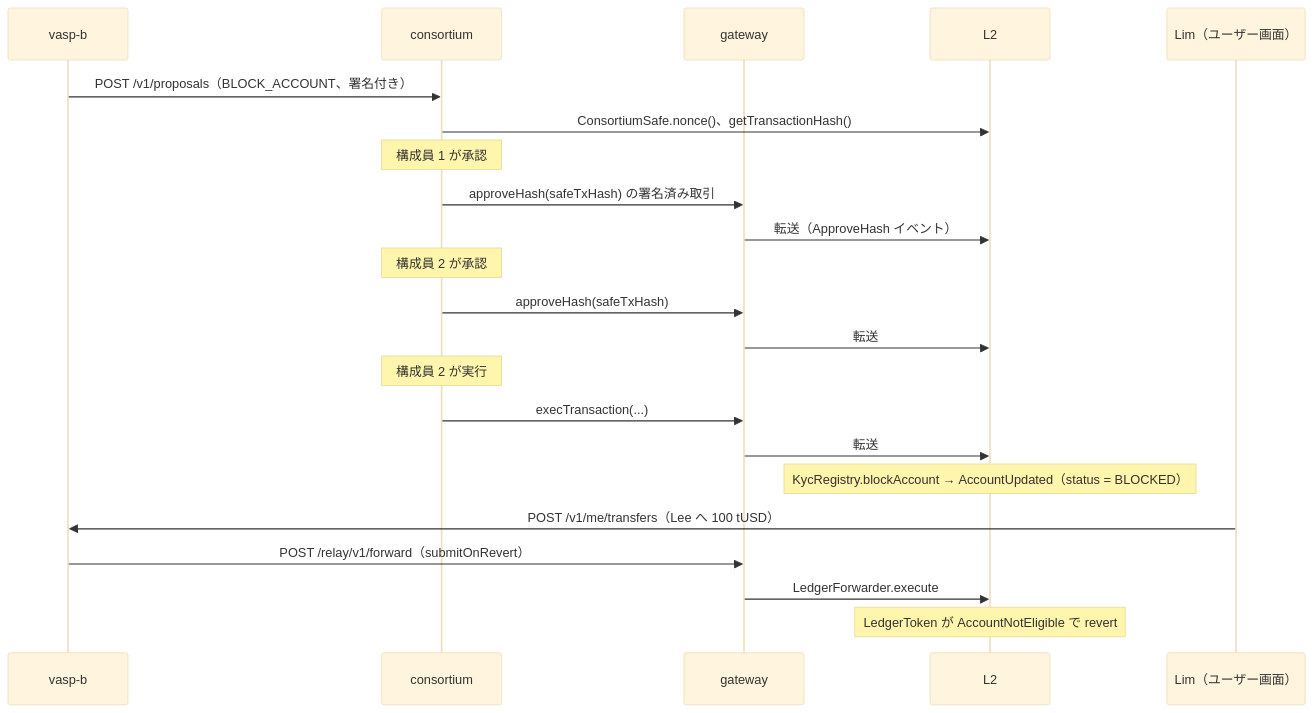
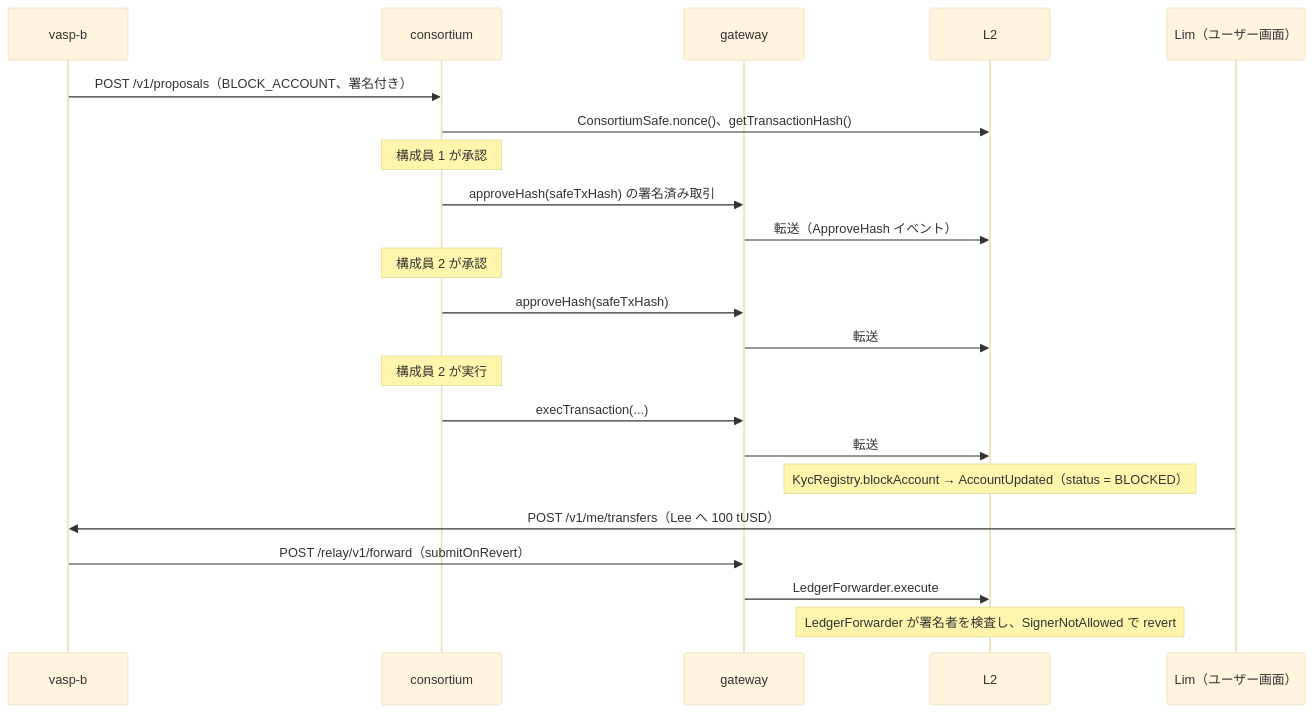
One commit to kuriyosh/ledger-a changed the fifth of 7 diagrams in docs/09-flows.md. Above: the diagram before and after it, drawn with Mermaid (base theme). The commit also changed other lines of this file and 13 other files, not shown here.

````diff
--- a/docs/09-flows.md
+++ b/docs/09-flows.md
@@ -222,25 +228,25 @@
 ```mermaid
 sequenceDiagram
   participant VB as vasp-b
   participant CS as consortium
   participant GW as gateway
   participant L2 as L2
   participant UB as Lim（ユーザー画面）
 
   VB->>CS: POST /v1/proposals（BLOCK_ACCOUNT、署名付き）
   CS->>L2: ConsortiumSafe.nonce()、getTransactionHash()
   Note over CS: 構成員 1 が承認
   CS->>GW: approveHash(safeTxHash) の署名済み取引
   GW->>L2: 転送（ApproveHash イベント）
   Note over CS: 構成員 2 が承認
   CS->>GW: approveHash(safeTxHash)
   GW->>L2: 転送
   Note over CS: 構成員 2 が実行
   CS->>GW: execTransaction(...)
   GW->>L2: 転送
   Note over L2: KycRegistry.blockAccount → AccountUpdated（status = BLOCKED）
   UB->>VB: POST /v1/me/transfers（Lee へ 100 tUSD）
   VB->>GW: POST /relay/v1/forward（submitOnRevert）
   GW->>L2: LedgerForwarder.execute
-  Note over L2: LedgerToken が AccountNotEligible で revert
+  Note over L2: LedgerForwarder が署名者を検査し、SignerNotAllowed で revert
 ```
````
